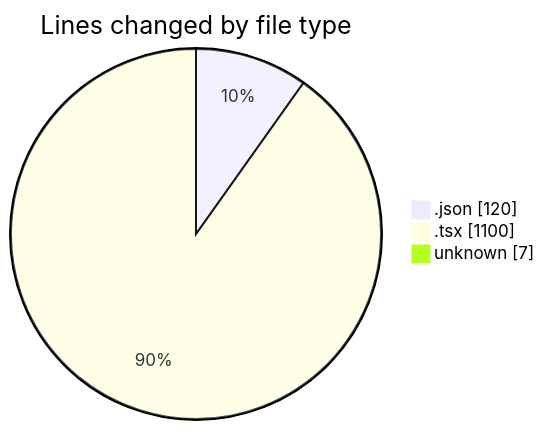
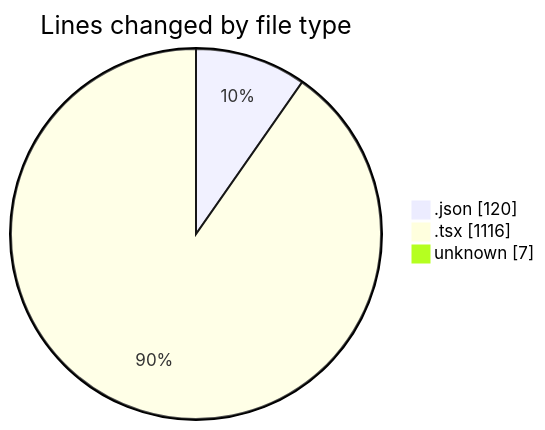
The first of 2 diagrams in 2024-12-31/nyah/README.md (3Nya3/code-tracking), drawn with Mermaid before and after one commit. The commit also changed other lines of this file and 1 other file, not shown here.

````diff
--- a/2024-12-31/nyah/README.md
+++ b/2024-12-31/nyah/README.md
@@ -22,7 +22,7 @@
 ```mermaid
 pie showData
 title Lines changed by file type
 ".json" : 120
-".tsx" : 1100
+".tsx" : 1116
 "unknown" : 7
 ```
````
